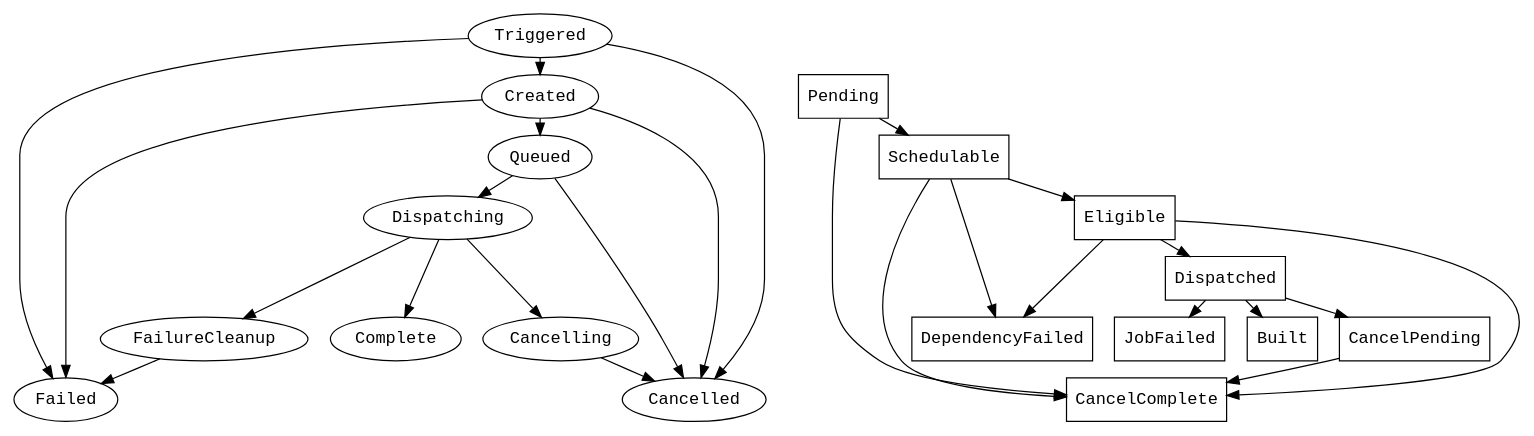
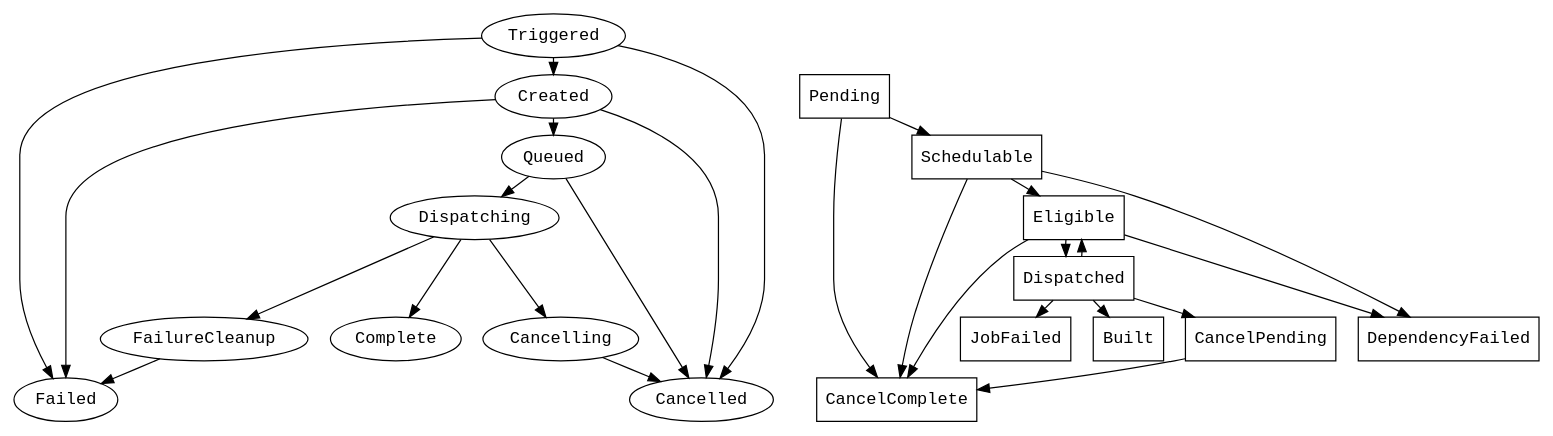
The diagram in components/builder-jobsrv/docs/states.dot (habitat-sh/builder), drawn with Graphviz before and after one commit. The commit also changed 3 other files, not shown here.

```diff
--- a/components/builder-jobsrv/docs/states.dot
+++ b/components/builder-jobsrv/docs/states.dot
@@ -1,72 +1,74 @@
 digraph STATES {
 
   ranksep=0.2;
 
+////////////////////////////////////////////////////////////////////////
+// Group states
 node[fontname="Courier", shape=oval];
-
 Triggered;
 Created;
 Queued;
 Dispatching;
 Complete;
 FailureCleanup;
 Failed;
 Cancelling;
 Cancelled;
 
-//
 Triggered -> Created;
 Triggered -> Failed;
 Triggered -> Cancelled;
 
 Created -> Queued;
 Created -> Failed;
 Created -> Cancelled;
 
 Queued -> Dispatching;
 Queued -> Cancelled;
 
 Dispatching -> Complete;
 Dispatching -> FailureCleanup;
 Dispatching -> Cancelling;
 
 FailureCleanup -> Failed;
 
 Cancelling -> Cancelled;
 
+////////////////////////////////////////////////////////////////////////
+// Job states
 node[fontname="Courier", shape=box];
-
-  Pending;
-  Dispatched;
-  Schedulable;
-  Eligible;
-  Built;
-  JobFailed;
-  DependencyFailed;
-  CancelPending;
-  CancelComplete;
+Pending;
+Dispatched;
+Schedulable;
+Eligible;
+Built;
+JobFailed;
+DependencyFailed;
+CancelPending;
+CancelComplete;
 
 Pending -> Schedulable;
 Pending -> CancelComplete;
+
 Schedulable -> Eligible;
 Schedulable -> DependencyFailed;
 Schedulable -> CancelComplete;
+
 Eligible -> Dispatched;
 Eligible -> CancelComplete;
 Eligible -> DependencyFailed;
-Dispatched -> Built;
-Dispatched -> JobFailed;
-// Dispatched -> JobLost;
-// JobLost -> Dispatched;
-// {rank=same; Dispatched JobLost}
+
+Dispatched -> Built; // Complete
+Dispatched -> JobFailed; // FatalError
+Dispatched -> Eligible; // NonFatalError
 Dispatched -> CancelPending;
+
 CancelPending -> CancelComplete;
-
 
 // Cross FSM relationships
 {rank=same; Created Pending}
 {rank=same; Dispatching Eligible}
 
 {rank=same; Complete FailureCleanup Cancelling CancelPending DependencyFailed }
 
 }
```
